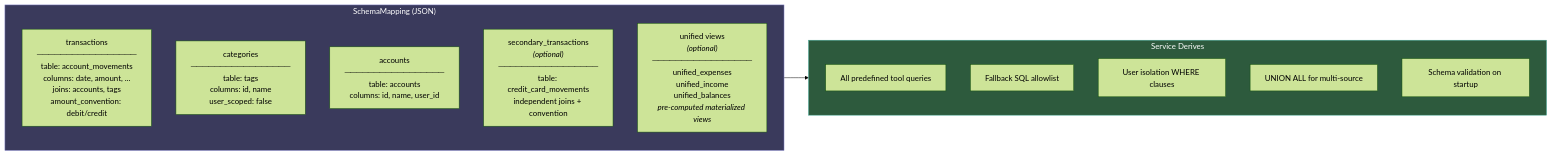
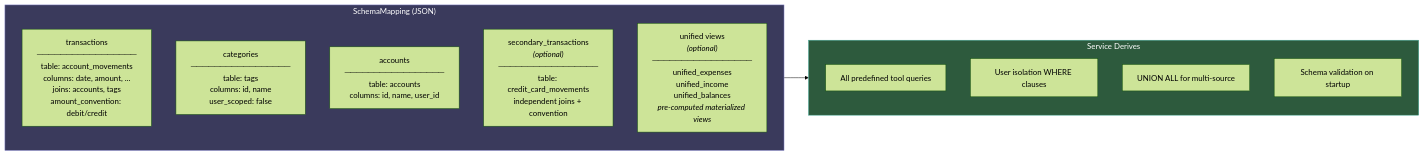
Before and after one commit to maxibove13/finance-query-agent: the eighth of 8 diagrams in README.md, drawn with Mermaid (forest theme). The commit also changed other lines of this file and 15 other files, not shown here.

First line of the commit message:
fix: remove fallback SQL tool, add view mappings to localstack schema, update docs

````diff
--- a/README.md
+++ b/README.md
@@ -275,25 +257,24 @@
 ```mermaid
 graph LR
     subgraph SchemaMapping["SchemaMapping (JSON)"]
         direction TB
         TX["transactions<br/>─────────────────<br/>table: account_movements<br/>columns: date, amount, ...<br/>joins: accounts, tags<br/>amount_convention: debit/credit"]
         CAT["categories<br/>─────────────────<br/>table: tags<br/>columns: id, name<br/>user_scoped: false"]
         ACCT["accounts<br/>─────────────────<br/>table: accounts<br/>columns: id, name, user_id"]
         SEC["secondary_transactions<br/><i>(optional)</i><br/>─────────────────<br/>table: credit_card_movements<br/>independent joins + convention"]
         VIEWS["unified views<br/><i>(optional)</i><br/>─────────────────<br/>unified_expenses<br/>unified_income<br/>unified_balances<br/><i>pre-computed materialized views</i>"]
     end
 
     SchemaMapping --> DERIVES
 
     subgraph DERIVES["Service Derives"]
         direction TB
         D1["All predefined tool queries"]
-        D2["Fallback SQL allowlist"]
         D3["User isolation WHERE clauses"]
         D4["UNION ALL for multi-source"]
         D5["Schema validation on startup"]
     end
 
     style SchemaMapping fill:#3a3a5c,stroke:#88c,color:#fff
     style DERIVES fill:#2d5a3d,stroke:#4a9,color:#fff
 ```
````
